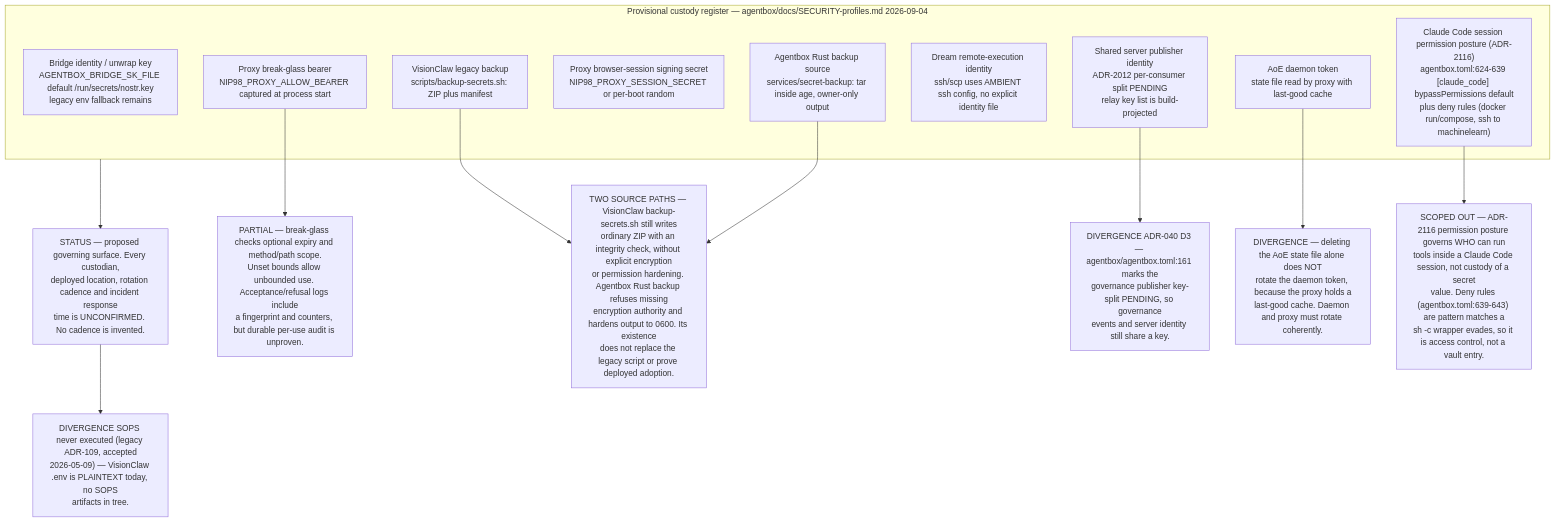
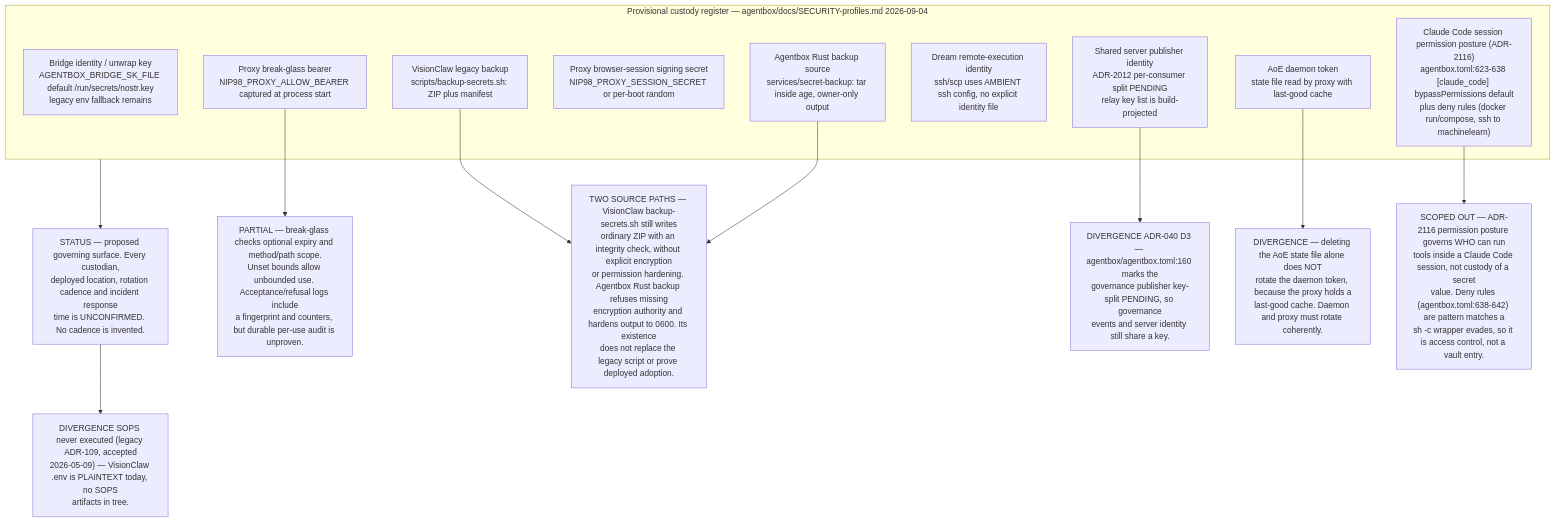
Before and after one commit to DreamLab-AI/VisionFlow: the ninth of 10 diagrams in docs/diagrams/estate/10-deployment-and-security-profiles.md, drawn with Mermaid. The commit also changed other lines of this file and 31 other files, not shown here.

````diff
--- a/docs/diagrams/estate/10-deployment-and-security-profiles.md
+++ b/docs/diagrams/estate/10-deployment-and-security-profiles.md
@@ -331,30 +347,30 @@
 ```mermaid
 flowchart TB
     subgraph reg["Provisional custody register — agentbox/docs/SECURITY-profiles.md 2026-09-04"]
         C1["Bridge identity / unwrap key<br/>AGENTBOX_BRIDGE_SK_FILE default /run/secrets/nostr.key<br/>legacy env fallback remains"]
         C2["Shared server publisher identity<br/>ADR-2012 per-consumer split PENDING<br/>relay key list is build-projected"]
         C3["Proxy break-glass bearer<br/>NIP98_PROXY_ALLOW_BEARER captured at process start"]
         C4["Proxy browser-session signing secret<br/>NIP98_PROXY_SESSION_SECRET or per-boot random"]
         C5["AoE daemon token<br/>state file read by proxy with last-good cache"]
         C6["Dream remote-execution identity<br/>ssh/scp uses AMBIENT ssh config, no explicit identity file"]
         C7["VisionClaw legacy backup<br/>scripts/backup-secrets.sh: ZIP plus manifest"]
         C8["Agentbox Rust backup source<br/>services/secret-backup: tar inside age, owner-only output"]
-        C9["Claude Code session permission posture (ADR-2116)<br/>agentbox.toml:624-639 [claude_code] bypassPermissions default<br/>plus deny rules (docker run/compose, ssh to machinelearn)"]
+        C9["Claude Code session permission posture (ADR-2116)<br/>agentbox.toml:623-638 [claude_code] bypassPermissions default<br/>plus deny rules (docker run/compose, ssh to machinelearn)"]
     end
     ST["STATUS — proposed governing surface. Every custodian,<br/>deployed location, rotation cadence and incident response<br/>time is UNCONFIRMED. No cadence is invented."]
     D1["PARTIAL — break-glass checks optional expiry and method/path scope.<br/>Unset bounds allow unbounded use. Acceptance/refusal logs include<br/>a fingerprint and counters, but durable per-use audit is unproven."]
     D2["TWO SOURCE PATHS — VisionClaw backup-secrets.sh still writes<br/>ordinary ZIP with an integrity check, without explicit encryption<br/>or permission hardening. Agentbox Rust backup refuses missing<br/>encryption authority and hardens output to 0600. Its existence<br/>does not replace the legacy script or prove deployed adoption."]
-    D3["DIVERGENCE ADR-040 D3 — agentbox/agentbox.toml:161 marks the<br/>governance publisher key-split PENDING, so governance<br/>events and server identity still share a key."]
+    D3["DIVERGENCE ADR-040 D3 — agentbox/agentbox.toml:160 marks the<br/>governance publisher key-split PENDING, so governance<br/>events and server identity still share a key."]
     D4["DIVERGENCE — deleting the AoE state file alone does NOT<br/>rotate the daemon token, because the proxy holds a<br/>last-good cache. Daemon and proxy must rotate coherently."]
     D5["DIVERGENCE SOPS never executed (legacy ADR-109, accepted<br/>2026-05-09) — VisionClaw .env is PLAINTEXT today, no SOPS<br/>artifacts in tree."]
-    D6["SCOPED OUT — ADR-2116 permission posture governs WHO can run<br/>tools inside a Claude Code session, not custody of a secret<br/>value. Deny rules (agentbox.toml:639-643) are pattern matches a<br/>sh -c wrapper evades, so it is access control, not a vault entry."]
+    D6["SCOPED OUT — ADR-2116 permission posture governs WHO can run<br/>tools inside a Claude Code session, not custody of a secret<br/>value. Deny rules (agentbox.toml:638-642) are pattern matches a<br/>sh -c wrapper evades, so it is access control, not a vault entry."]
 
     reg --> ST
     C3 --> D1
     C7 --> D2
     C8 --> D2
     C2 --> D3
     C5 --> D4
     ST --> D5
     C9 --> D6
 ```
````
